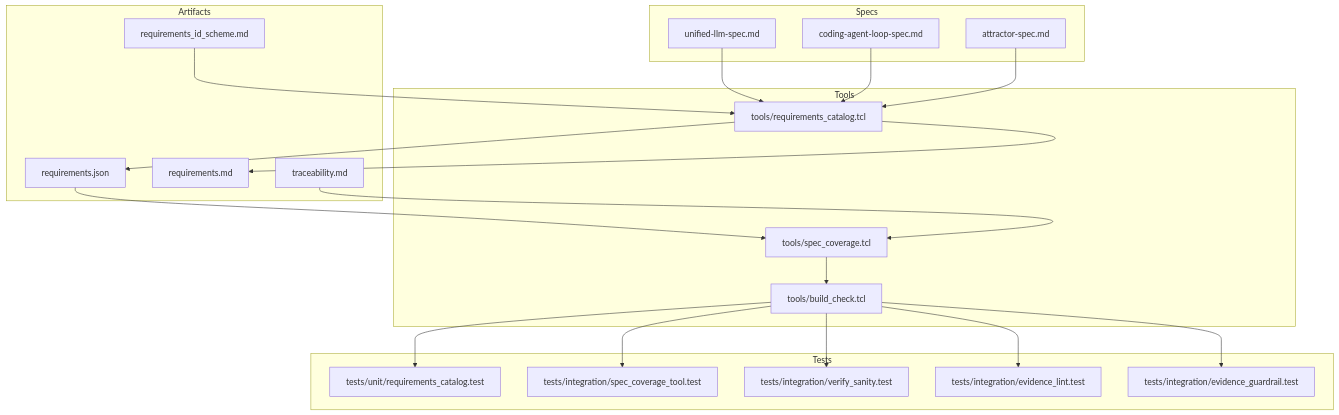
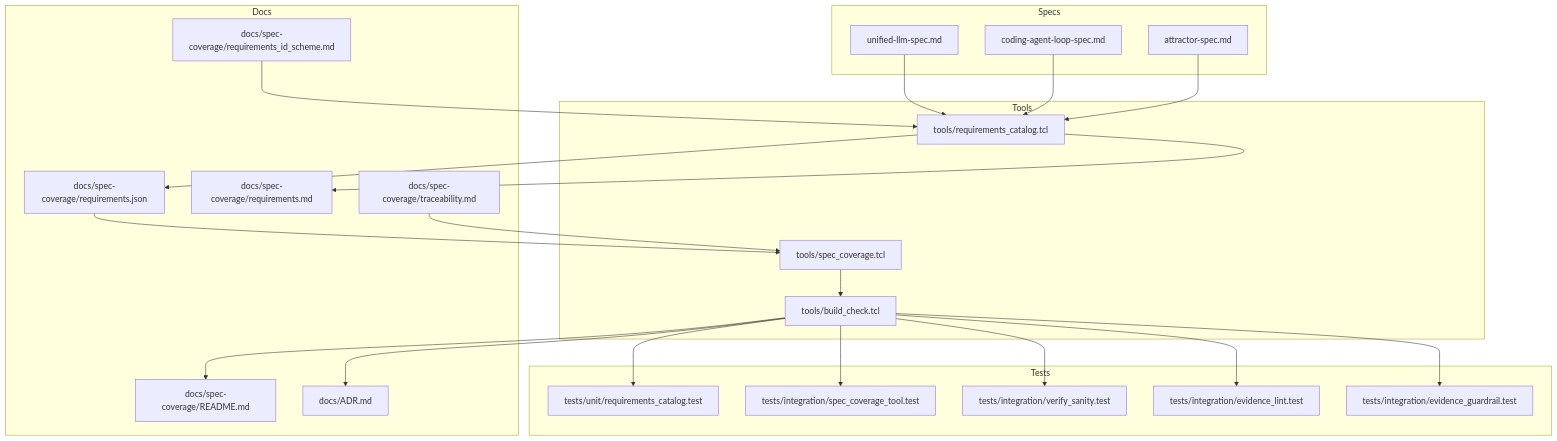
One commit to jaytaylor/attractor-tcl changed the fifth of 5 diagrams in docs/sprints/SPRINT-002-implementation-plan.md. Above: the diagram before and after it, drawn with Mermaid. The commit also changed other lines of this file, not shown here.

Commit message:
docs(sprint-002): mark implementation plan phases complete with pass-18 evidence

````diff
--- a/docs/sprints/SPRINT-002-implementation-plan.md
+++ b/docs/sprints/SPRINT-002-implementation-plan.md
@@ -598,44 +606,48 @@
 ```mermaid
 flowchart TB
   subgraph Specs
-    U[unified-llm-spec.md]
-    C[coding-agent-loop-spec.md]
-    A[attractor-spec.md]
+    S1[unified-llm-spec.md]
+    S2[coding-agent-loop-spec.md]
+    S3[attractor-spec.md]
   end
 
   subgraph Tools
-    RC[tools/requirements_catalog.tcl]
-    SC[tools/spec_coverage.tcl]
-    BC[tools/build_check.tcl]
+    T1[tools/requirements_catalog.tcl]
+    T2[tools/spec_coverage.tcl]
+    T3[tools/build_check.tcl]
   end
 
-  subgraph Artifacts
-    RID[requirements_id_scheme.md]
-    RJ[requirements.json]
-    RM[requirements.md]
-    TM[traceability.md]
+  subgraph Docs
+    D1[docs/spec-coverage/requirements_id_scheme.md]
+    D2[docs/spec-coverage/requirements.json]
+    D3[docs/spec-coverage/requirements.md]
+    D4[docs/spec-coverage/traceability.md]
+    D5[docs/spec-coverage/README.md]
+    D6[docs/ADR.md]
   end
 
   subgraph Tests
-    UTEST[tests/unit/requirements_catalog.test]
-    ITEST1[tests/integration/spec_coverage_tool.test]
-    ITEST2[tests/integration/verify_sanity.test]
-    ITEST3[tests/integration/evidence_lint.test]
-    ITEST4[tests/integration/evidence_guardrail.test]
+    U1[tests/unit/requirements_catalog.test]
+    I1[tests/integration/spec_coverage_tool.test]
+    I2[tests/integration/verify_sanity.test]
+    I3[tests/integration/evidence_lint.test]
+    I4[tests/integration/evidence_guardrail.test]
   end
 
-  U --> RC
-  C --> RC
-  A --> RC
-  RC --> RJ
-  RC --> RM
-  RID --> RC
-  RJ --> SC
-  TM --> SC
-  SC --> BC
-  BC --> UTEST
-  BC --> ITEST1
-  BC --> ITEST2
-  BC --> ITEST3
-  BC --> ITEST4
+  S1 --> T1
+  S2 --> T1
+  S3 --> T1
+  D1 --> T1
+  T1 --> D2
+  T1 --> D3
+  D2 --> T2
+  D4 --> T2
+  T2 --> T3
+  T3 --> U1
+  T3 --> I1
+  T3 --> I2
+  T3 --> I3
+  T3 --> I4
+  T3 --> D5
+  T3 --> D6
 ```
````
